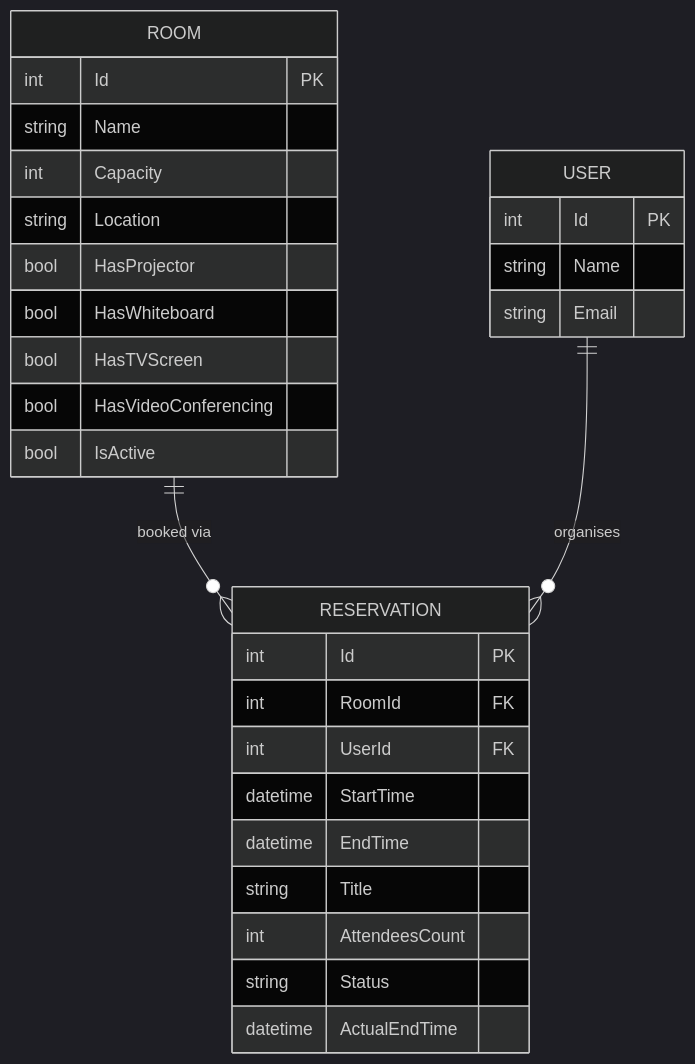
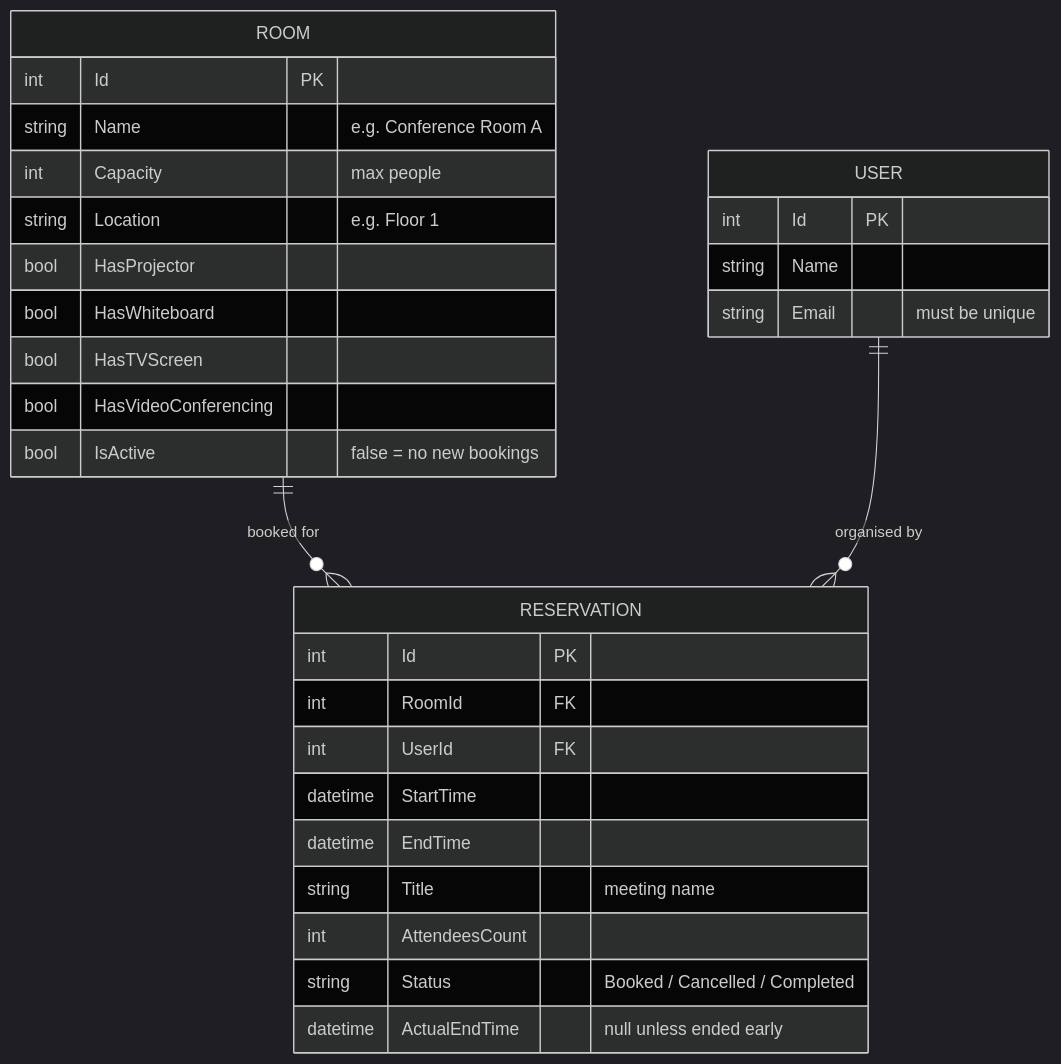
Before and after one commit to Amith-Ganta/room-reservation-system: the fourth of 10 diagrams in README.md, drawn with Mermaid (dark theme). The commit also changed other lines of this file, not shown here.

First line of the commit message:
docs: rewrite README with full submission report depth and 9 diagrams

````diff
--- a/README.md
+++ b/README.md
@@ -28,32 +85,35 @@
 ```mermaid
 erDiagram
     ROOM {
         int Id PK
-        string Name
-        int Capacity
-        string Location
+        string Name "e.g. Conference Room A"
+        int Capacity "max people"
+        string Location "e.g. Floor 1"
         bool HasProjector
         bool HasWhiteboard
         bool HasTVScreen
         bool HasVideoConferencing
-        bool IsActive
+        bool IsActive "false = no new bookings"
     }
+
     USER {
         int Id PK
         string Name
-        string Email
+        string Email "must be unique"
     }
+
     RESERVATION {
         int Id PK
         int RoomId FK
         int UserId FK
         datetime StartTime
         datetime EndTime
-        string Title
+        string Title "meeting name"
         int AttendeesCount
-        string Status
-        datetime ActualEndTime
+        string Status "Booked / Cancelled / Completed"
+        datetime ActualEndTime "null unless ended early"
     }
-    ROOM ||--o{ RESERVATION : "booked via"
-    USER ||--o{ RESERVATION : "organises"
+
+    ROOM ||--o{ RESERVATION : "booked for"
+    USER ||--o{ RESERVATION : "organised by"
 ```
````
